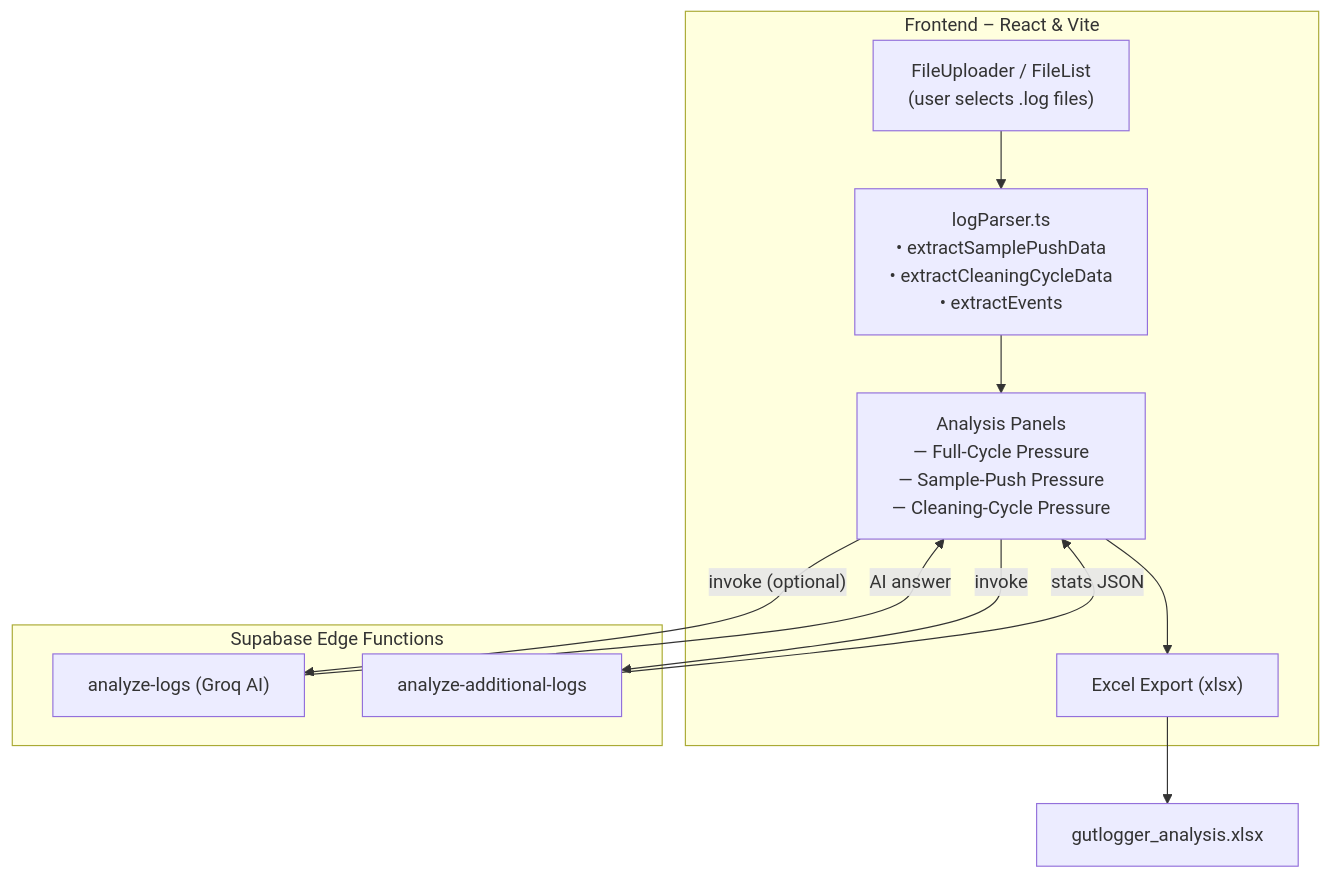
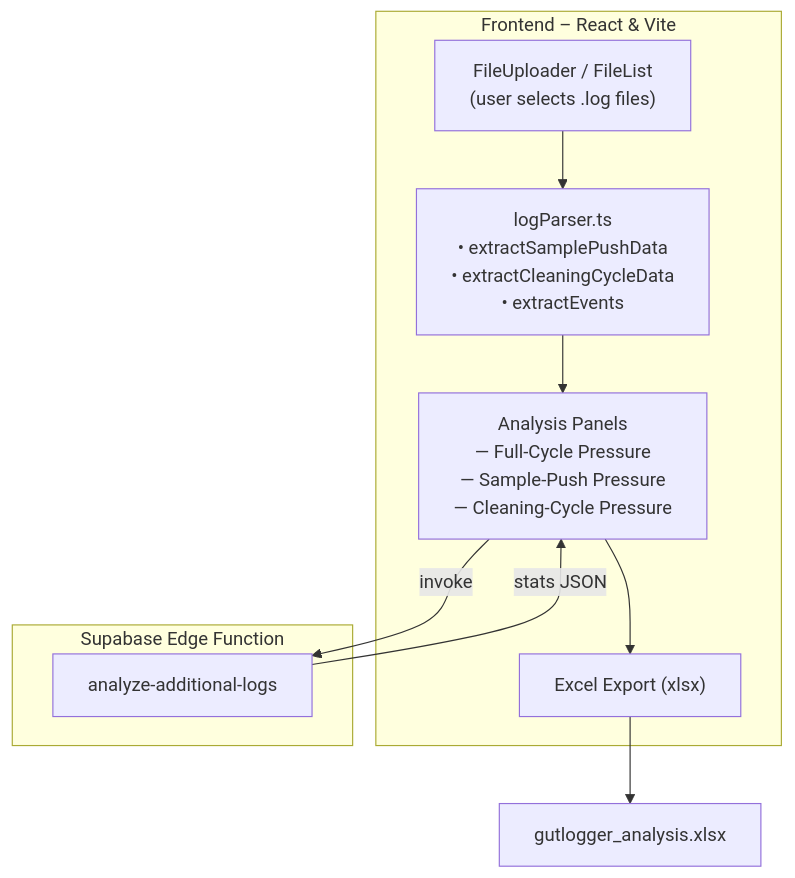
One commit to iscyng/gutlogger changed the diagram in README.md. Above: the diagram before and after it, drawn with Mermaid. The commit also changed 2 other files, not shown here.

````diff
--- a/README.md
+++ b/README.md
@@ -54,23 +54,20 @@
 ```mermaid
 graph TD
   subgraph "Frontend – React & Vite"
     UI["FileUploader / FileList\n(user selects .log files)"]
     Parser["logParser.ts\n• extractSamplePushData\n• extractCleaningCycleData\n• extractEvents"]
     Charts["Analysis Panels\n— Full-Cycle Pressure\n— Sample-Push Pressure\n— Cleaning-Cycle Pressure"]
     Export["Excel Export (xlsx)"]
     UI --> Parser
     Parser --> Charts
     Charts --> Export
   end
 
-  subgraph "Supabase Edge Functions"
-    Fn1["analyze-logs (Groq AI)"]
+  subgraph "Supabase Edge Function"
     Fn2["analyze-additional-logs"]
   end
 
-  Charts -- "invoke (optional)" --> Fn1
   Charts -- "invoke" --> Fn2
-  Fn1 -- "AI answer" --> Charts
   Fn2 -- "stats JSON" --> Charts
   Export --> XLSX["gutlogger_analysis.xlsx"]
 ```
````
